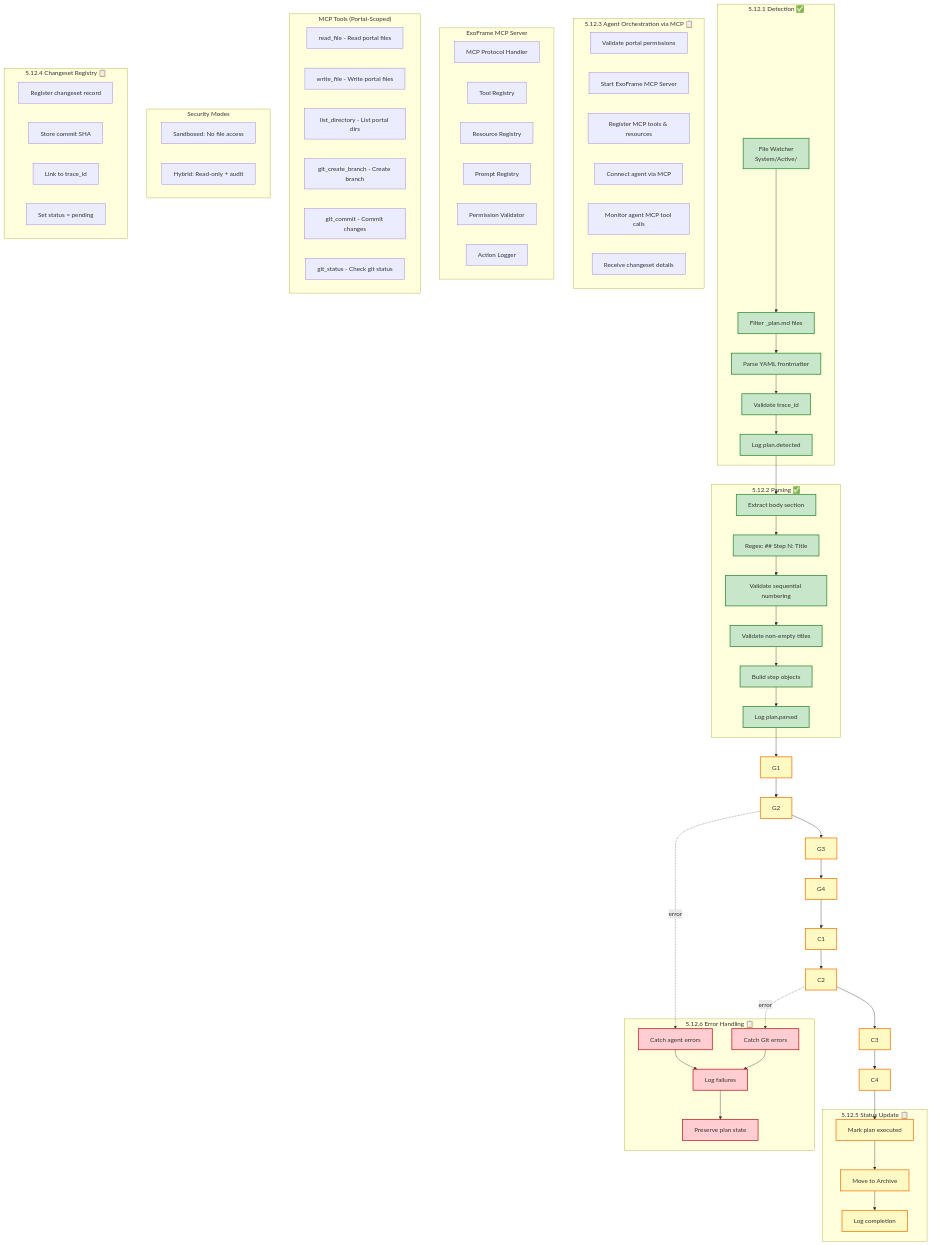
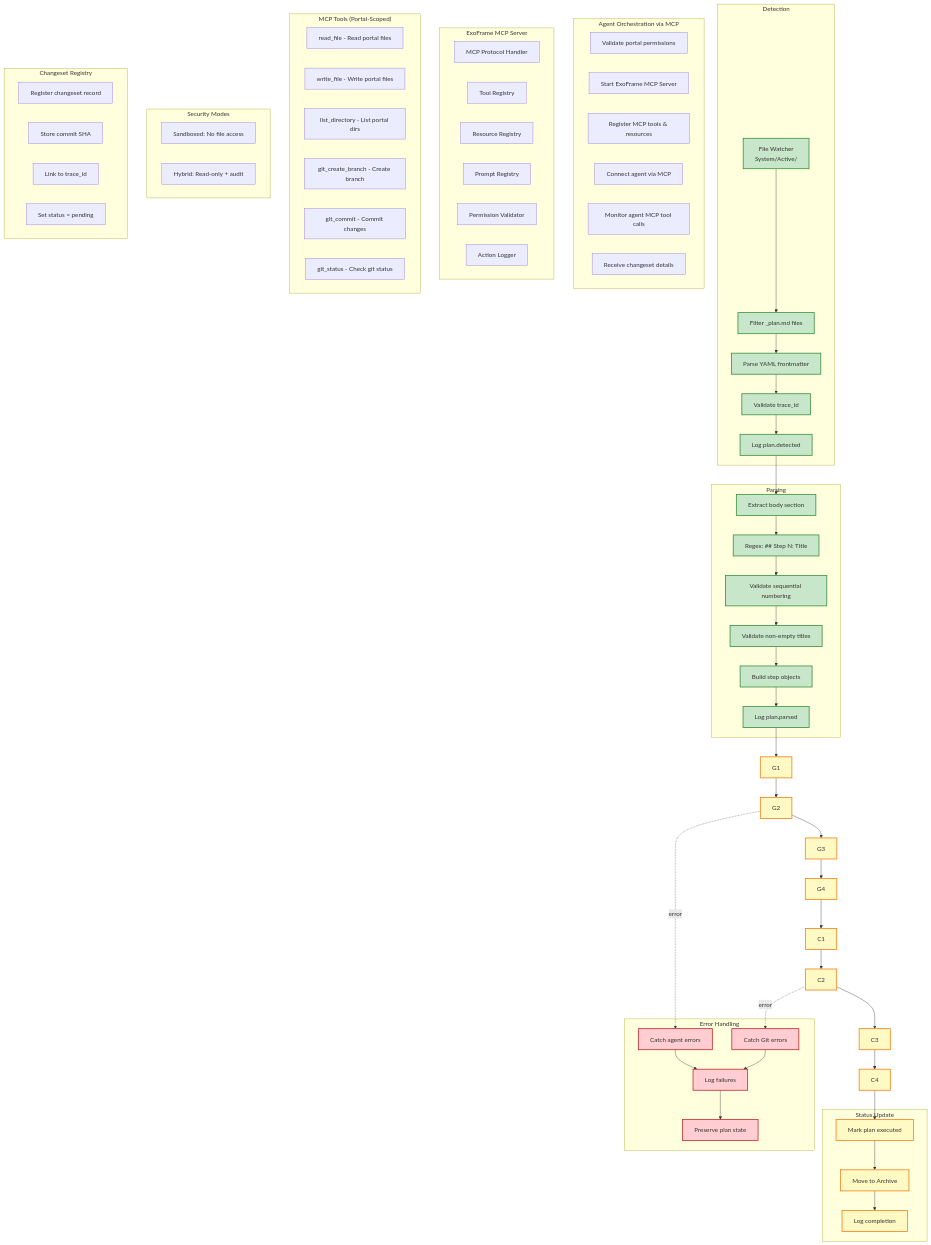
Before and after one commit to dostark/exoframe-public: the fourth of 12 diagrams in docs/ExoFrame_Architecture.md, drawn with Mermaid. The commit also changed other lines of this file and 2 other files, not shown here.

First line of the commit message:
docs: add MCP architecture to Technical Spec and comprehensive MCP testing strategy

````diff
--- a/docs/ExoFrame_Architecture.md
+++ b/docs/ExoFrame_Architecture.md
@@ -302,6 +302,6 @@
 ```mermaid
 graph TB
-    subgraph Detection["5.12.1 Detection ✅"]
+    subgraph Detection[Detection]
         D1[File Watcher<br/>System/Active/]
         D2[Filter _plan.md files]
         D3[Parse YAML frontmatter]
@@ -309,7 +309,7 @@
         D5[Log plan.detected]
     end
     
-    subgraph Parsing["5.12.2 Parsing ✅"]
+    subgraph Parsing[Parsing]
         P1[Extract body section]
         P2[Regex: ## Step N: Title]
         P3[Validate sequential numbering]
@@ -318,7 +318,7 @@
         P6[Log plan.parsed]
     end
     
-    subgraph Orchestration["5.12.3 Agent Orchestration via MCP 📋"]
+    subgraph Orchestration[Agent Orchestration via MCP]
         O1[Validate portal permissions]
         O2[Start ExoFrame MCP Server]
         O3[Register MCP tools & resources]
@@ -350,20 +350,20 @@
         SM2[Hybrid: Read-only + audit]
     end
     
-    subgraph Registry["5.12.4 Changeset Registry 📋"]
+    subgraph Registry[Changeset Registry]
         R1[Register changeset record]
         R2[Store commit SHA]
         R3[Link to trace_id]
         R4[Set status = pending]
     end
     
-    subgraph Status["5.12.5 Status Update 📋"]
+    subgraph Status[Status Update]
         S1[Mark plan executed]
         S2[Move to Archive]
         S3[Log completion]
     end
     
-    subgraph Error["5.12.6 Error Handling 📋"]
+    subgraph Error[Error Handling]
         E1[Catch agent errors]
         E2[Catch Git errors]
         E3[Log failures]
````
